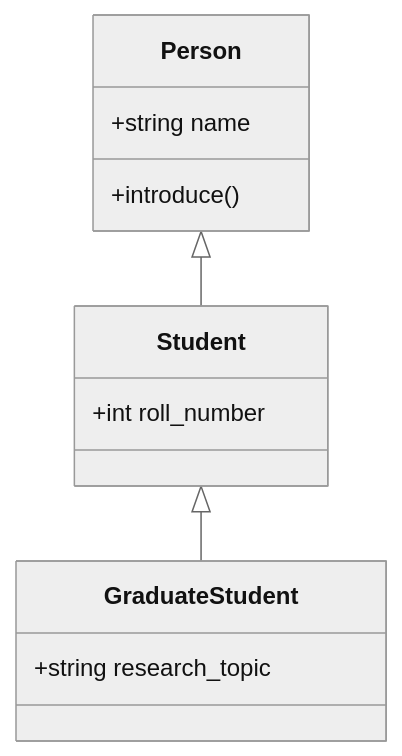
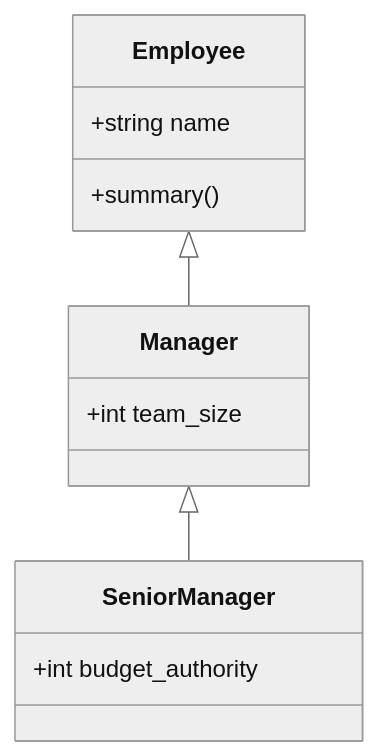
The diagram in CRESCENT/python-foundations/modules/p4-classes-objects/unit-4-2-inheritance-encapsulation.md (Kaveripriya/AI-Academy), drawn with Mermaid (neutral theme) before and after one commit. The commit also changed other lines of this file and 21 other files, not shown here.

````diff
--- a/CRESCENT/python-foundations/modules/p4-classes-objects/unit-4-2-inheritance-encapsulation.md
+++ b/CRESCENT/python-foundations/modules/p4-classes-objects/unit-4-2-inheritance-encapsulation.md
@@ -68,15 +69,15 @@
 ```mermaid
 classDiagram
-    Person <|-- Student
-    Student <|-- GraduateStudent
-    class Person {
+    Employee <|-- Manager
+    Manager <|-- SeniorManager
+    class Employee {
         +string name
-        +introduce()
+        +summary()
     }
-    class Student {
-        +int roll_number
+    class Manager {
+        +int team_size
     }
-    class GraduateStudent {
-        +string research_topic
+    class SeniorManager {
+        +int budget_authority
     }
 ```
````
